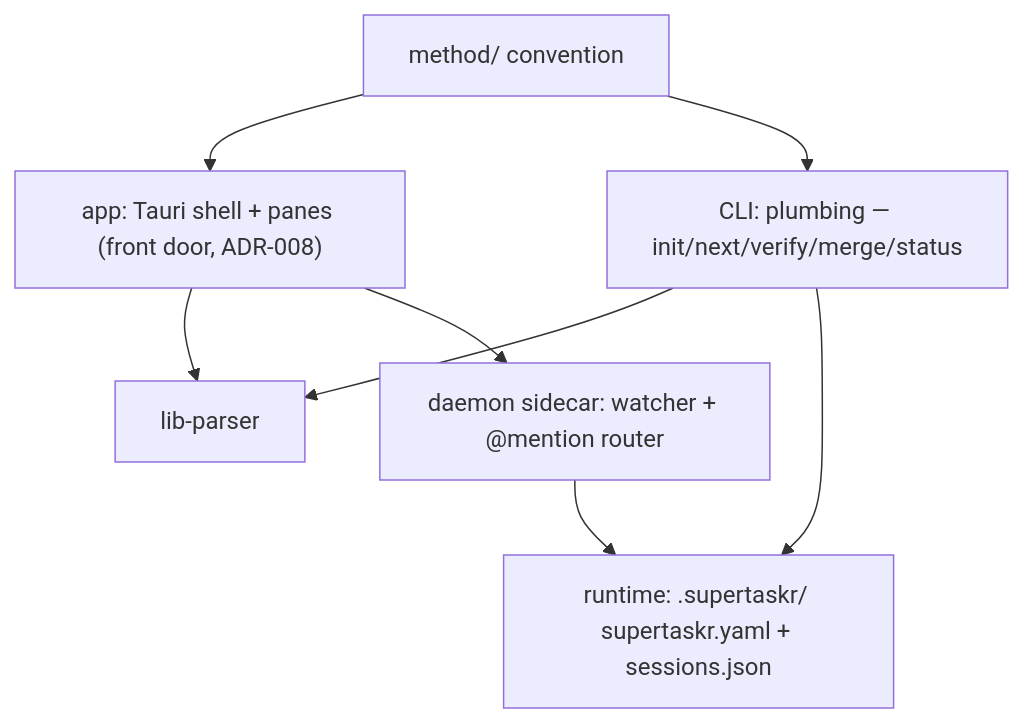
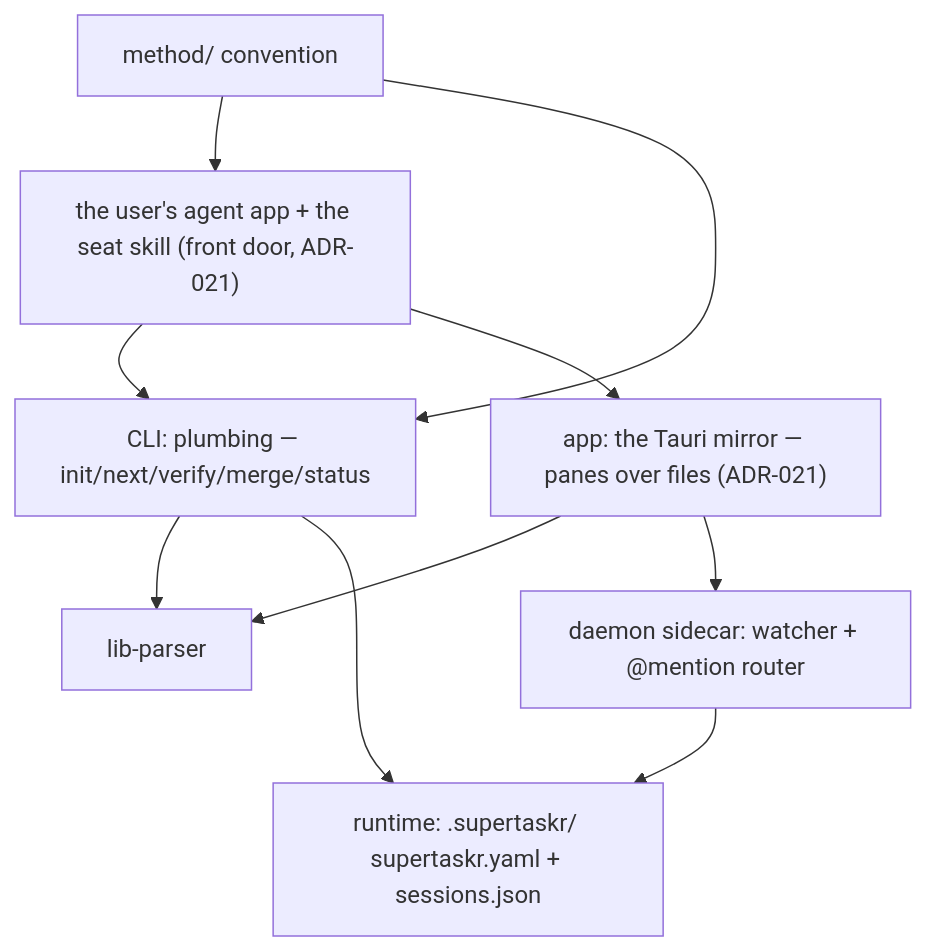
The diagram in docs/ARCHITECTURE.md (juhosarvanco/supertaskr), drawn with Mermaid before and after one commit. The commit also changed other lines of this file and 1 other file, not shown here.

Commit message:
ROADMAP and ARCHITECTURE: the front door is the skill in the user's agent app and the app is the mirror (ADR-021) — the backbone heading, the D5 line, the system map's nodes, the C-02 and C-05 rows and the ADR line say so (@human, 2026-09-09: "Update the wording to reflect the current vision")

````diff
--- a/docs/ARCHITECTURE.md
+++ b/docs/ARCHITECTURE.md
@@ -13,10 +13,12 @@
 ```mermaid
 graph TD
-  M["method/ convention"] --> A["app: Tauri shell + panes (front door, ADR-008)"]
+  M["method/ convention"] --> S["the user's agent app + the seat skill (front door, ADR-021)"]
+  S --> C
+  S --> A["app: the Tauri mirror — panes over files (ADR-021)"]
   M --> C["CLI: plumbing — init/next/verify/merge/status"]
   A --> P["lib-parser"]
   C --> P
   A --> D["daemon sidecar: watcher + @mention router"]
   C --> R["runtime: .supertaskr/ supertaskr.yaml + sessions.json"]
   D --> R
 ```
````
